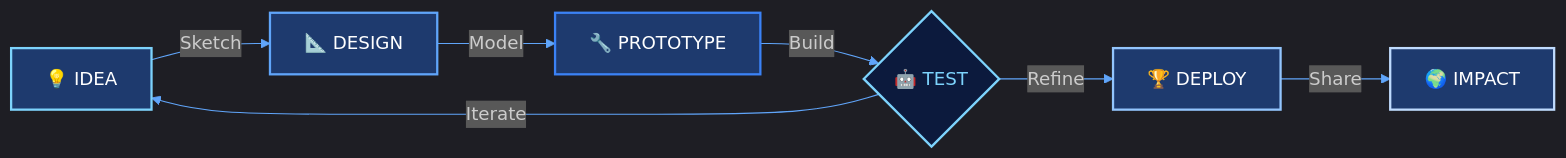
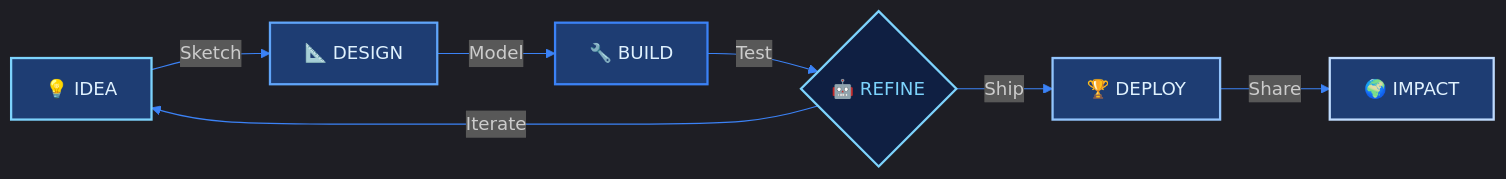
One commit to nasblor/nasblor changed the third of 4 diagrams in readme.md. Above: the diagram before and after it, drawn with Mermaid. The commit also changed other lines of this file, not shown here.

````diff
--- a/readme.md
+++ b/readme.md
@@ -80,16 +68,16 @@
 ```mermaid
-%%{init:{'theme':'dark','themeVariables':{'primaryColor':'#7dd3fc','primaryTextColor':'#000','lineColor':'#60a5fa','secondaryColor':'#0c1a3d','tertiaryColor':'#0a0e1a'}}}%%
+%%{init:{'theme':'dark','themeVariables':{'primaryColor':'#7dd3fc','primaryTextColor':'#000','lineColor':'#3b82f6','secondaryColor':'#0f1f42','tertiaryColor':'#0a0e1a'}}}%%
 flowchart LR
     A["💡 IDEA"] -->|Sketch| B["📐 DESIGN"]
-    B -->|Model| C["🔧 PROTOTYPE"]
-    C -->|Build| D{"🤖 TEST"}
-    D -->|Refine| E["🏆 DEPLOY"]
+    B -->|Model| C["🔧 BUILD"]
+    C -->|Test| D{"🤖 REFINE"}
     D -->|Iterate| A
+    D -->|Ship| E["🏆 DEPLOY"]
     E -->|Share| F["🌍 IMPACT"]
-    style A fill:#1e3a6e,stroke:#7dd3fc,color:#fff,stroke-width:2px
-    style B fill:#1e3a6e,stroke:#60a5fa,color:#fff,stroke-width:2px
-    style C fill:#1e3a6e,stroke:#3b82f6,color:#fff,stroke-width:2px
-    style D fill:#0c1a3d,stroke:#7dd3fc,color:#7dd3fc,stroke-width:2px
-    style E fill:#1e3a6e,stroke:#93c5fd,color:#fff,stroke-width:2px
-    style F fill:#1e3a6e,stroke:#bfdbfe,color:#fff,stroke-width:2px
+    style A fill:#1e3d73,stroke:#7dd3fc,color:#e0f2fe,stroke-width:2px
+    style B fill:#1e3d73,stroke:#60a5fa,color:#e0f2fe,stroke-width:2px
+    style C fill:#1e3d73,stroke:#3b82f6,color:#e0f2fe,stroke-width:2px
+    style D fill:#0f1f42,stroke:#7dd3fc,color:#7dd3fc,stroke-width:2px
+    style E fill:#1e3d73,stroke:#93c5fd,color:#e0f2fe,stroke-width:2px
+    style F fill:#1e3d73,stroke:#bfdbfe,color:#e0f2fe,stroke-width:2px
 ```
````
